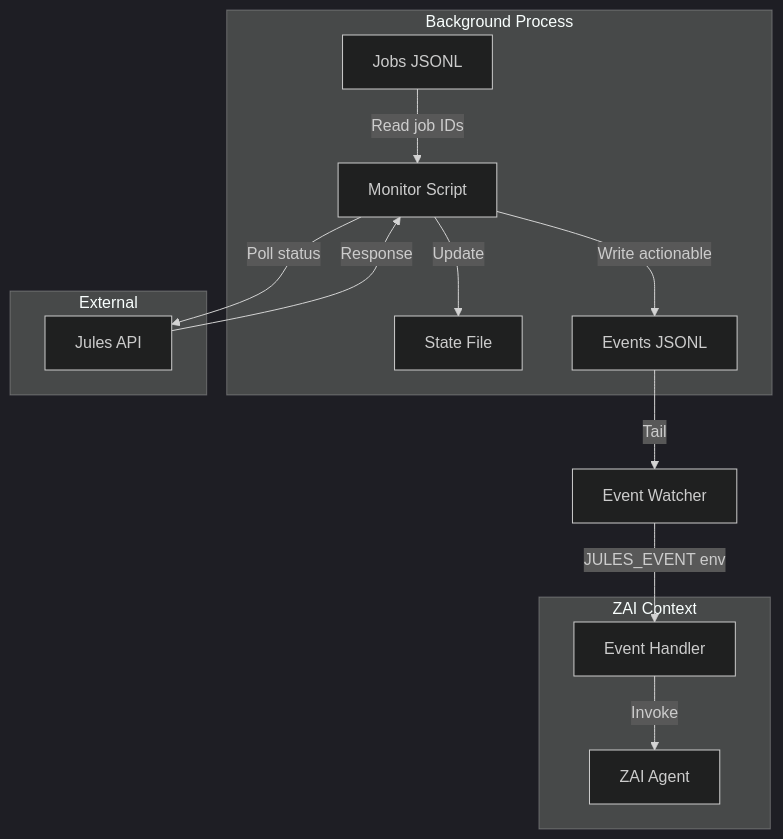
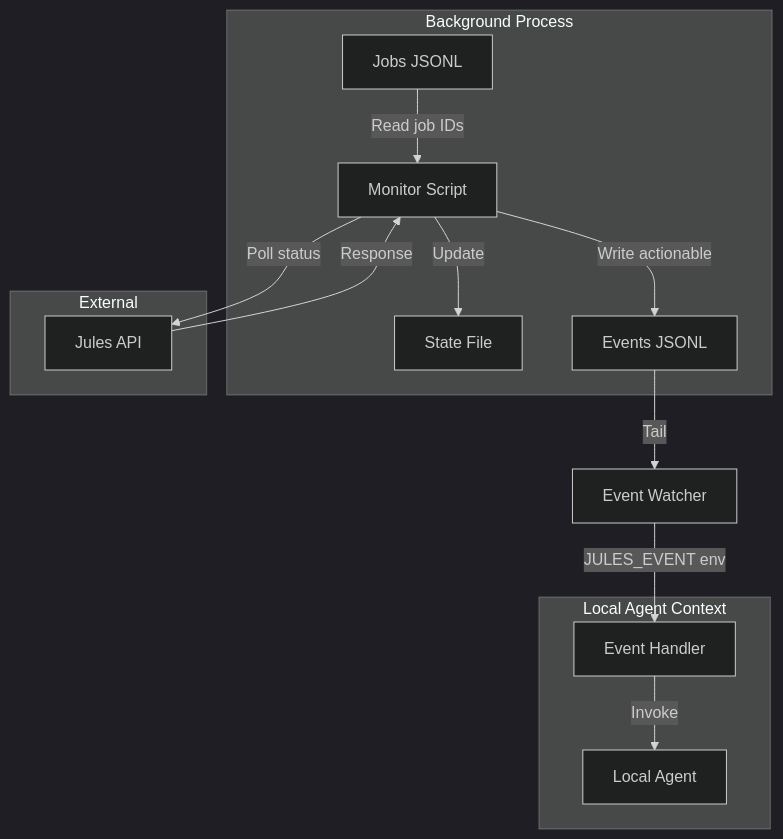
One commit to MikBin/jules-mpc changed the second of 3 diagrams in docs/architecture.md. Above: the diagram before and after it, drawn with Mermaid (dark theme). The commit also changed other lines of this file and 13 other files, not shown here.

````diff
--- a/docs/architecture.md
+++ b/docs/architecture.md
@@ -111,28 +111,28 @@
 ```mermaid
 flowchart TB
     subgraph Background Process
         M[Monitor Script]
         S[State File]
         J[Jobs JSONL]
         E[Events JSONL]
     end
     
-    subgraph ZAI Context
-        Z[ZAI Agent]
+    subgraph Local Agent Context
+        Z[Local Agent]
         H[Event Handler]
     end
     
     subgraph External
         API[Jules API]
     end
     
     J -->|Read job IDs| M
     M -->|Poll status| API
     API -->|Response| M
     M -->|Update| S
     M -->|Write actionable| E
     
     E -->|Tail| W[Event Watcher]
     W -->|JULES_EVENT env| H
     H -->|Invoke| Z
 ```
````
